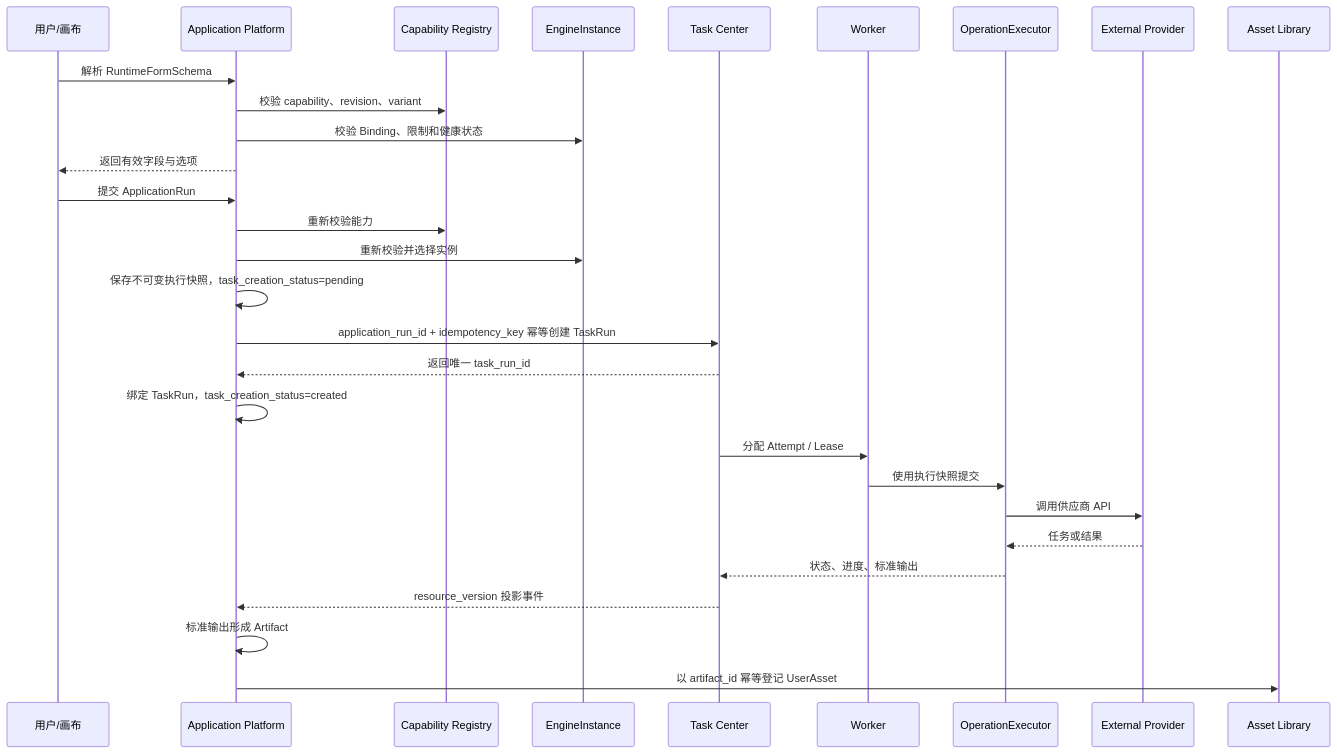
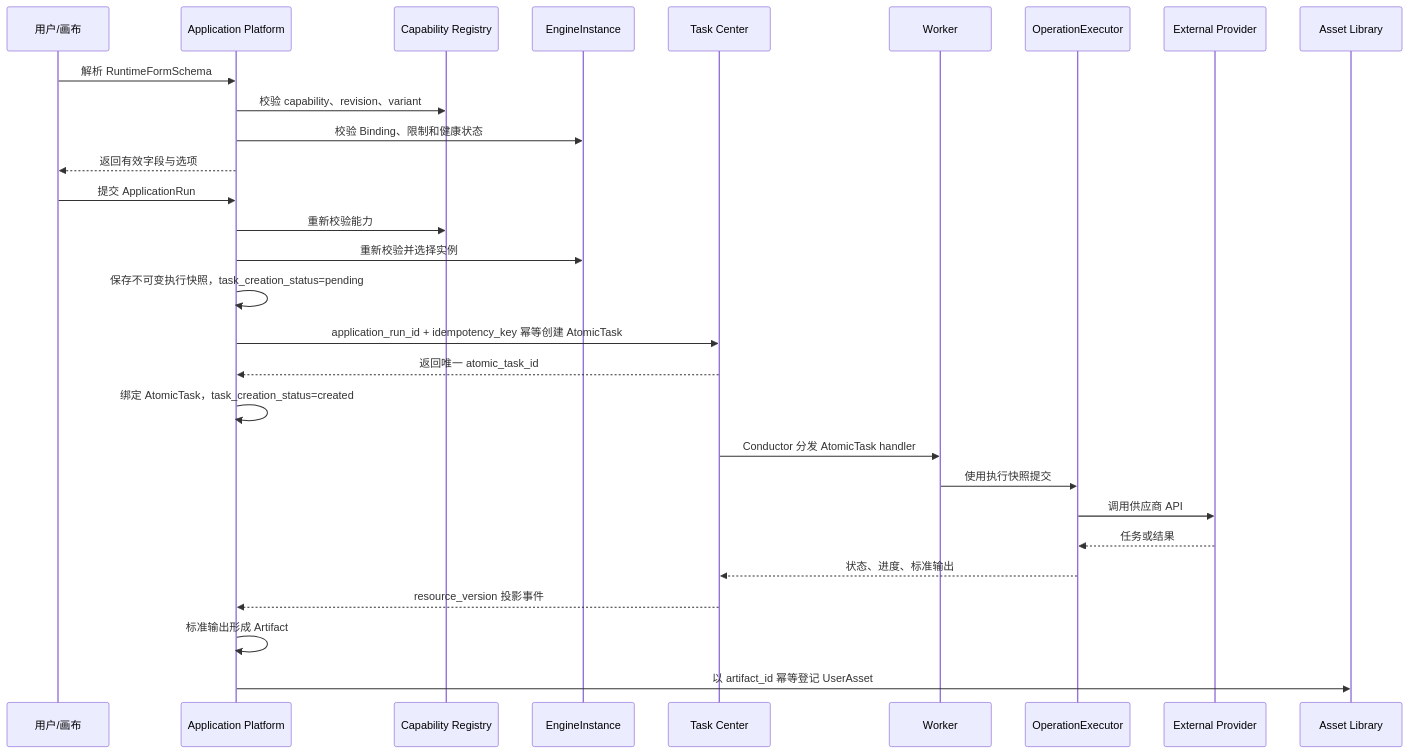
Before and after one commit to wangweihong/omnimam-spec: the fourth of 4 diagrams in 02_architecture/domains/application-platform.md, drawn with Mermaid. The commit also changed other lines of this file and 33 other files, not shown here.

Commit message:
spec: redesign task center around conductor

````diff
--- a/02_architecture/domains/application-platform.md
+++ b/02_architecture/domains/application-platform.md
@@ -182,32 +182,32 @@
 ```mermaid
 sequenceDiagram
     participant User as 用户/画布
     participant App as Application Platform
     participant Registry as Capability Registry
     participant Engine as EngineInstance
     participant Task as Task Center
     participant Worker as Worker
     participant Exec as OperationExecutor
     participant Provider as External Provider
     participant Asset as Asset Library
 
     User->>App: 解析 RuntimeFormSchema
     App->>Registry: 校验 capability、revision、variant
     App->>Engine: 校验 Binding、限制和健康状态
     App-->>User: 返回有效字段与选项
     User->>App: 提交 ApplicationRun
     App->>Registry: 重新校验能力
     App->>Engine: 重新校验并选择实例
     App->>App: 保存不可变执行快照，task_creation_status=pending
-    App->>Task: application_run_id + idempotency_key 幂等创建 TaskRun
-    Task-->>App: 返回唯一 task_run_id
-    App->>App: 绑定 TaskRun，task_creation_status=created
-    Task->>Worker: 分配 Attempt / Lease
+    App->>Task: application_run_id + idempotency_key 幂等创建 AtomicTask
+    Task-->>App: 返回唯一 atomic_task_id
+    App->>App: 绑定 AtomicTask，task_creation_status=created
+    Task->>Worker: Conductor 分发 AtomicTask handler
     Worker->>Exec: 使用执行快照提交
     Exec->>Provider: 调用供应商 API
     Provider-->>Exec: 任务或结果
     Exec-->>Task: 状态、进度、标准输出
     Task-->>App: resource_version 投影事件
     App->>App: 标准输出形成 Artifact
     App->>Asset: 以 artifact_id 幂等登记 UserAsset
 ```
````
